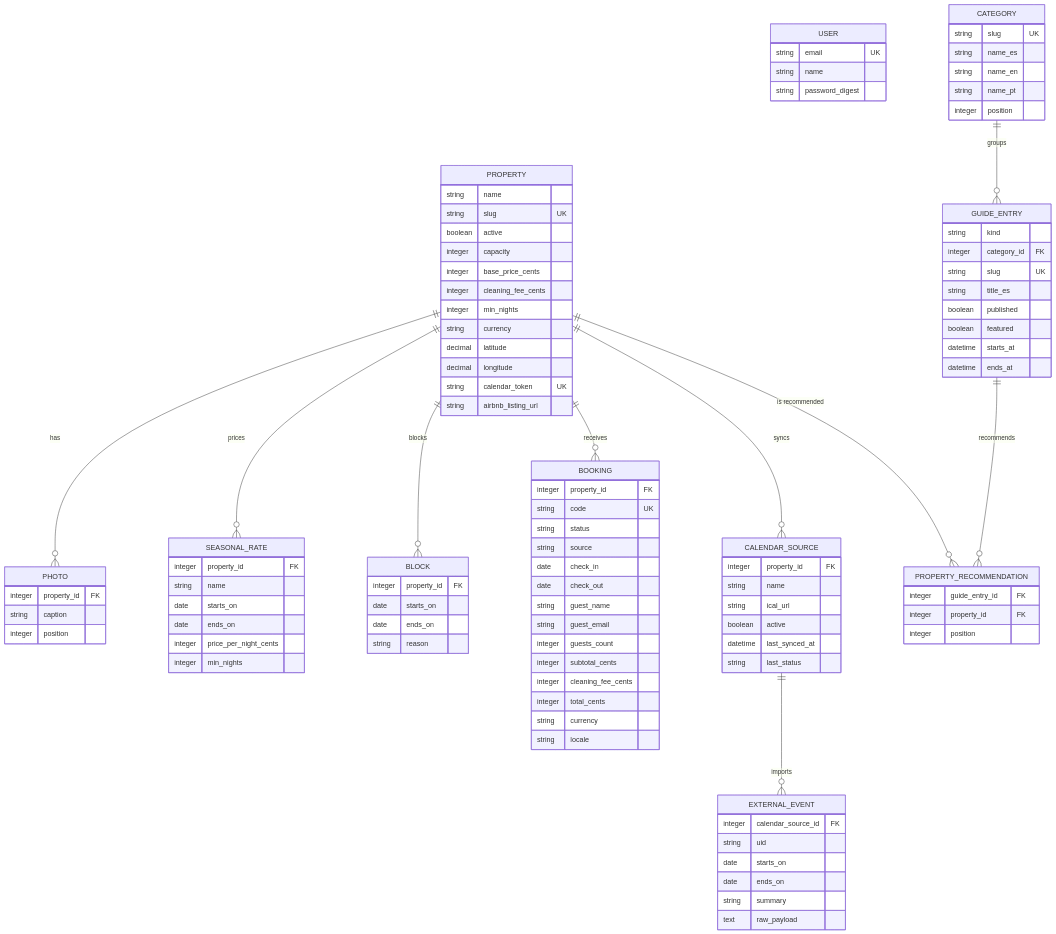
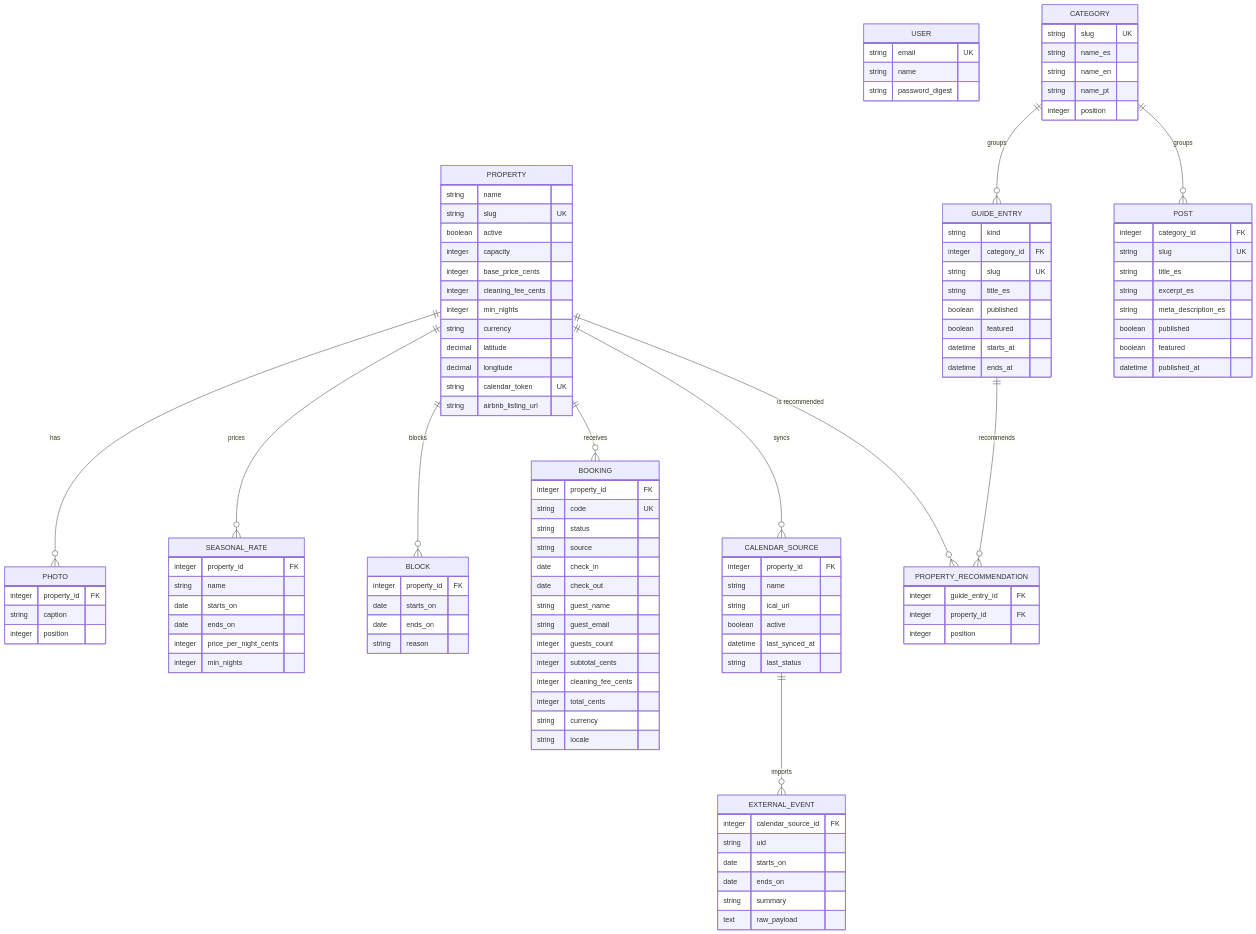
One commit to noguerajulioces/encarstay changed the first of 3 diagrams in docs/DATABASE.md. Above: the diagram before and after it, drawn with Mermaid. The commit also changed other lines of this file and 2 other files, not shown here.

First line of the commit message:
Document blog and map-based search in architecture docs

````diff
--- a/docs/DATABASE.md
+++ b/docs/DATABASE.md
@@ -112,6 +113,17 @@
         integer position
     }
 
+    POST {
+        integer  category_id FK
+        string   slug UK
+        string   title_es
+        string   excerpt_es
+        string   meta_description_es
+        boolean  published
+        boolean  featured
+        datetime published_at
+    }
+
     PROPERTY ||--o{ PHOTO : "has"
     PROPERTY ||--o{ SEASONAL_RATE : "prices"
     PROPERTY ||--o{ BLOCK : "blocks"
@@ -119,6 +131,7 @@
     PROPERTY ||--o{ CALENDAR_SOURCE : "syncs"
     CALENDAR_SOURCE ||--o{ EXTERNAL_EVENT : "imports"
     CATEGORY ||--o{ GUIDE_ENTRY : "groups"
+    CATEGORY ||--o{ POST : "groups"
     GUIDE_ENTRY ||--o{ PROPERTY_RECOMMENDATION : "recommends"
     PROPERTY ||--o{ PROPERTY_RECOMMENDATION : "is recommended"
 ```
````
